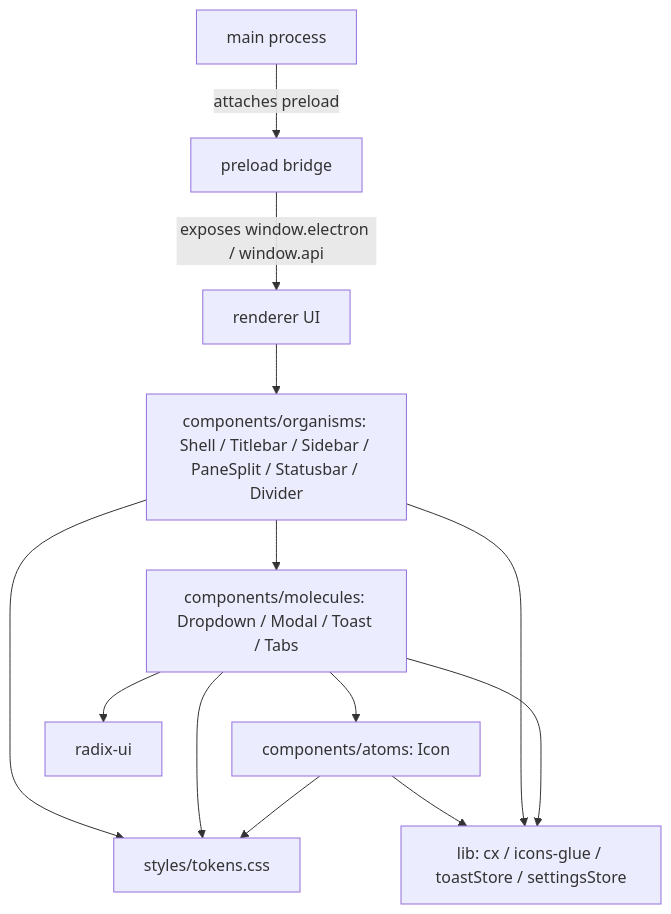
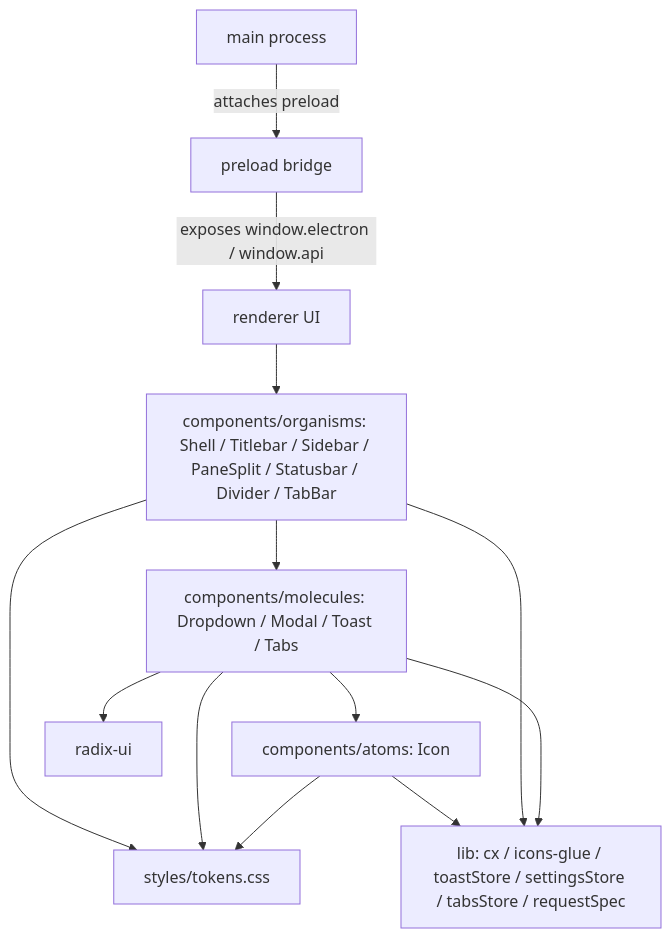
Before and after one commit to webmint/mintEnvoy: the diagram in docs/architecture.md, drawn with Mermaid. The commit also changed other lines of this file and 56 other files, not shown here.

Commit message:
feat(004-working-tabs-state-machine): tabs state machine + TabBar strip

````diff
--- a/docs/architecture.md
+++ b/docs/architecture.md
@@ -269,15 +274,15 @@
 ```mermaid
 graph TD
   main[main process] -->|attaches preload| preload[preload bridge]
   preload -->|exposes window.electron / window.api| renderer[renderer UI]
-  renderer --> organisms[components/organisms: Shell / Titlebar / Sidebar / PaneSplit / Statusbar / Divider]
+  renderer --> organisms[components/organisms: Shell / Titlebar / Sidebar / PaneSplit / Statusbar / Divider / TabBar]
   organisms --> molecules[components/molecules: Dropdown / Modal / Toast / Tabs]
   molecules --> atoms[components/atoms: Icon]
-  atoms --> lib[lib: cx / icons-glue / toastStore / settingsStore]
+  atoms --> lib[lib: cx / icons-glue / toastStore / settingsStore / tabsStore / requestSpec]
   organisms --> lib
   molecules --> lib
   molecules --> radix[radix-ui]
   organisms --> tokens[styles/tokens.css]
   molecules --> tokens
   atoms --> tokens
 ```
````
